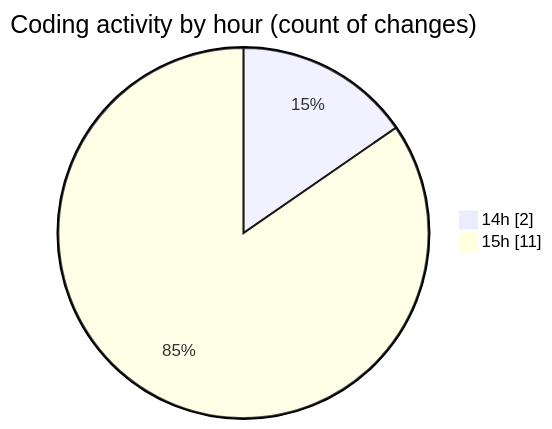
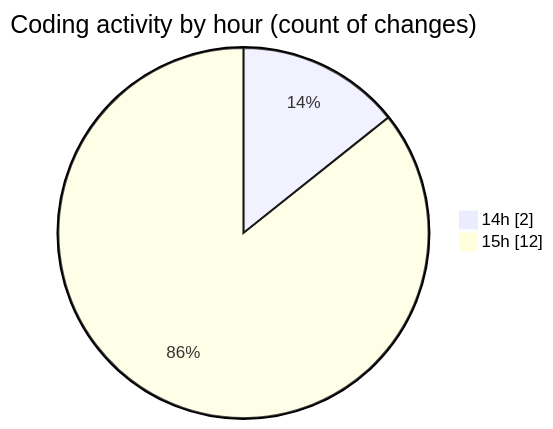
One commit to nxtqubesakshisongat/code-tracking changed the second of 2 diagrams in 2025-10-14/accounting-master/README.md. Above: the diagram before and after it, drawn with Mermaid. The commit also changed other lines of this file and 1 other file, not shown here.

````diff
--- a/2025-10-14/accounting-master/README.md
+++ b/2025-10-14/accounting-master/README.md
@@ -41,6 +43,6 @@
 ```mermaid
 pie showData
 title Coding activity by hour (count of changes)
 "14h" : 2
-"15h" : 11
+"15h" : 12
 ```
````
